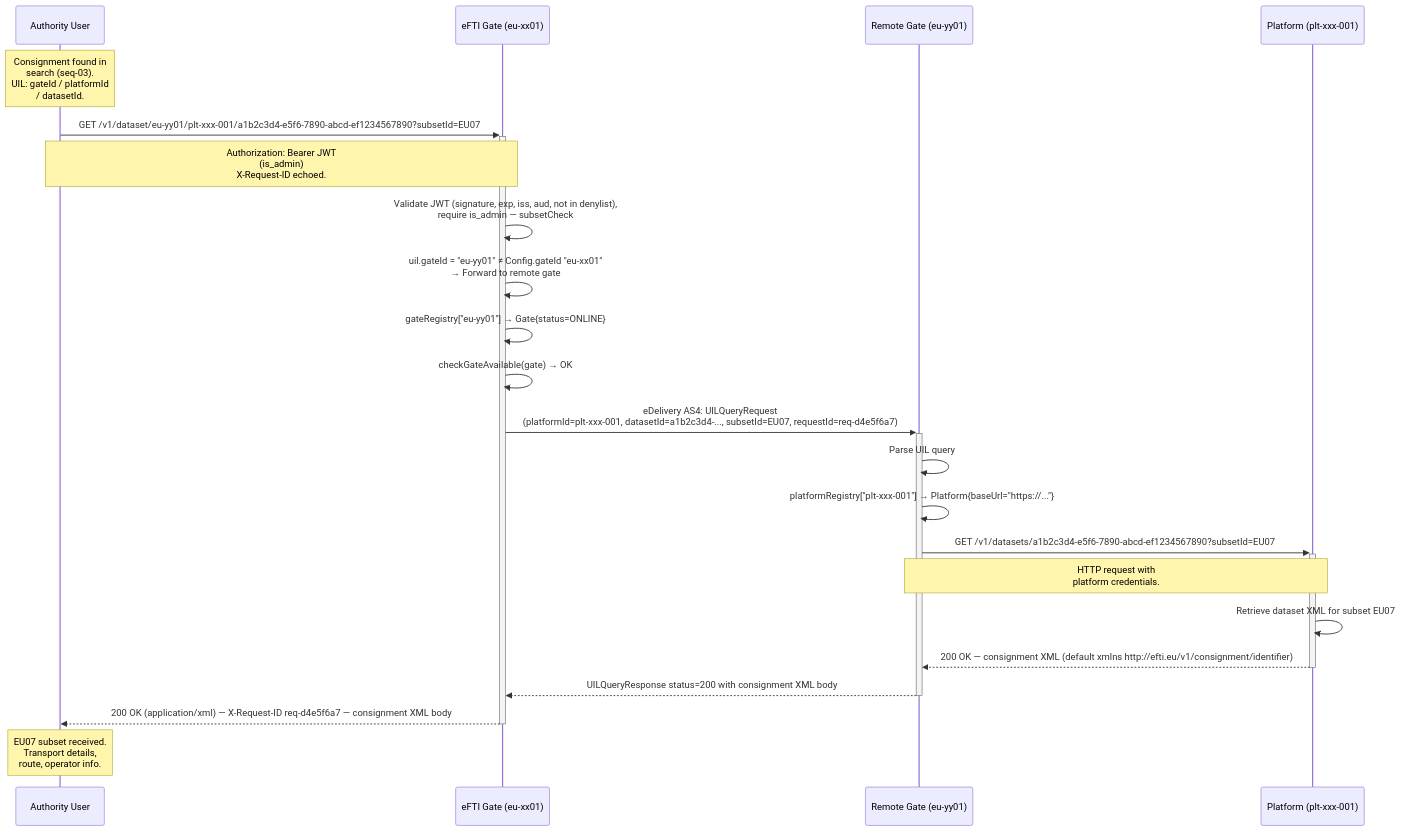
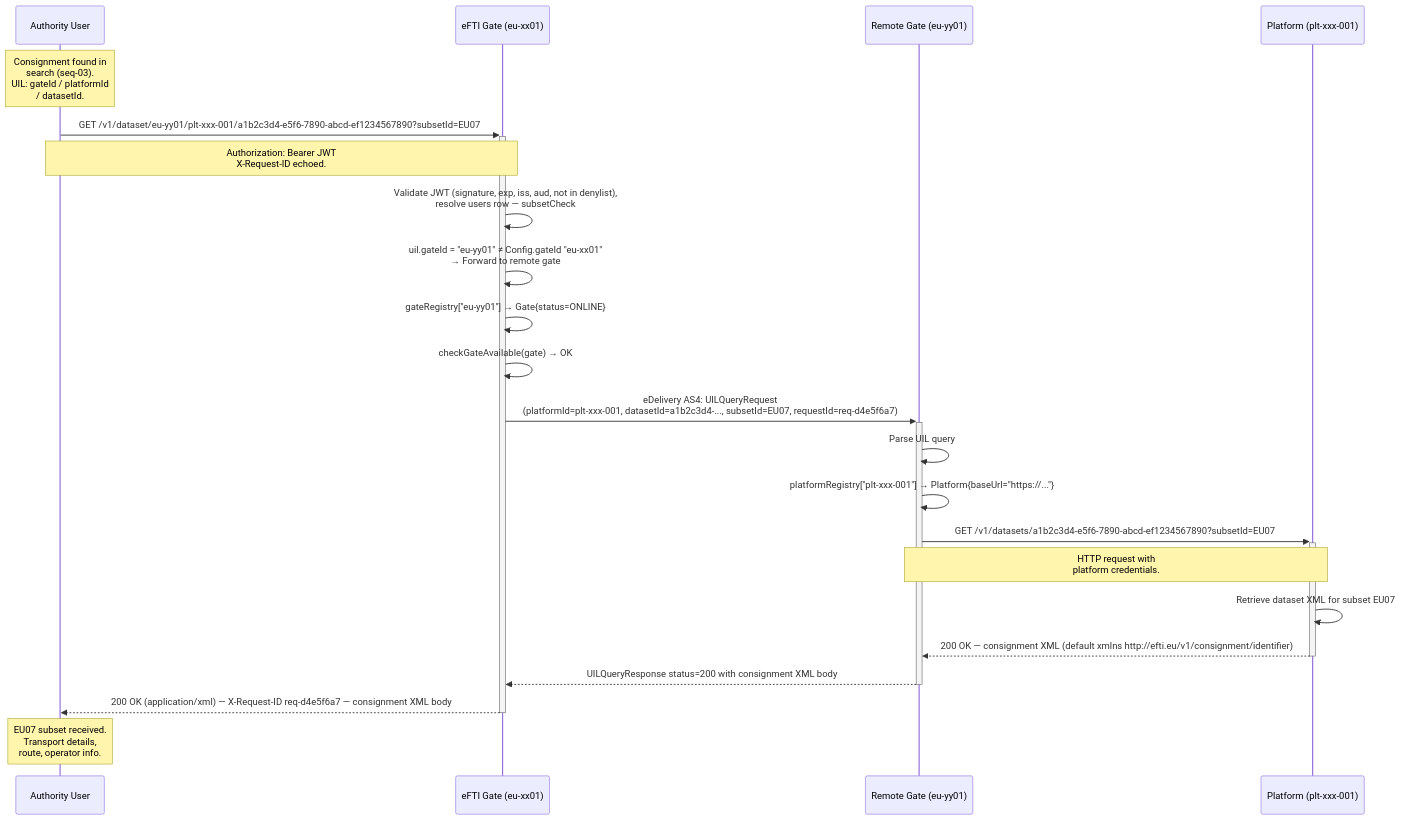
The diagram in docs/specs/diagrams/seq-05-dataset-request.mmd (kemit-ee/efti-gate-ee), drawn with Mermaid before and after one commit. The commit also changed 49 other files, not shown here.

```diff
--- a/docs/specs/diagrams/seq-05-dataset-request.mmd
+++ b/docs/specs/diagrams/seq-05-dataset-request.mmd
@@ -1,32 +1,32 @@
 sequenceDiagram
     participant Authority as Authority User
     participant GateEE as eFTI Gate (eu-xx01)
     participant GateFI as Remote Gate (eu-yy01)
     participant Platform as Platform (plt-xxx-001)
 
     Note over Authority: Consignment found in<br/>search (seq-03).<br/>UIL: gateId / platformId<br/>/ datasetId.
 
     Authority->>+GateEE: GET /v1/dataset/eu-yy01/plt-xxx-001/a1b2c3d4-e5f6-7890-abcd-ef1234567890?subsetId=EU07
-    Note over Authority,GateEE: Authorization: Bearer JWT<br/>(is_admin)<br/>X-Request-ID echoed.
+    Note over Authority,GateEE: Authorization: Bearer JWT<br/>X-Request-ID echoed.
 
-    GateEE->>GateEE: Validate JWT (signature, exp, iss, aud, not in denylist),<br/>require is_admin — subsetCheck
+    GateEE->>GateEE: Validate JWT (signature, exp, iss, aud, not in denylist),<br/>resolve users row — subsetCheck
     GateEE->>GateEE: uil.gateId = "eu-yy01" ≠ Config.gateId "eu-xx01"<br/>→ Forward to remote gate
 
     GateEE->>GateEE: gateRegistry["eu-yy01"] → Gate{status=ONLINE}
     GateEE->>GateEE: checkGateAvailable(gate) → OK
 
     GateEE->>+GateFI: eDelivery AS4: UILQueryRequest<br/>(platformId=plt-xxx-001, datasetId=a1b2c3d4-..., subsetId=EU07, requestId=req-d4e5f6a7)
 
     GateFI->>GateFI: Parse UIL query
     GateFI->>GateFI: platformRegistry["plt-xxx-001"] → Platform{baseUrl="https://..."}
     GateFI->>+Platform: GET /v1/datasets/a1b2c3d4-e5f6-7890-abcd-ef1234567890?subsetId=EU07
     Note over GateFI,Platform: HTTP request with<br/>platform credentials.
 
     Platform->>Platform: Retrieve dataset XML for subset EU07
     Platform-->>-GateFI: 200 OK — consignment XML (default xmlns http://efti.eu/v1/consignment/identifier)
 
     GateFI-->>-GateEE: UILQueryResponse status=200 with consignment XML body
 
     GateEE-->>-Authority: 200 OK (application/xml) — X-Request-ID req-d4e5f6a7 — consignment XML body
 
     Note over Authority: EU07 subset received.<br/>Transport details,<br/>route, operator info.
```
